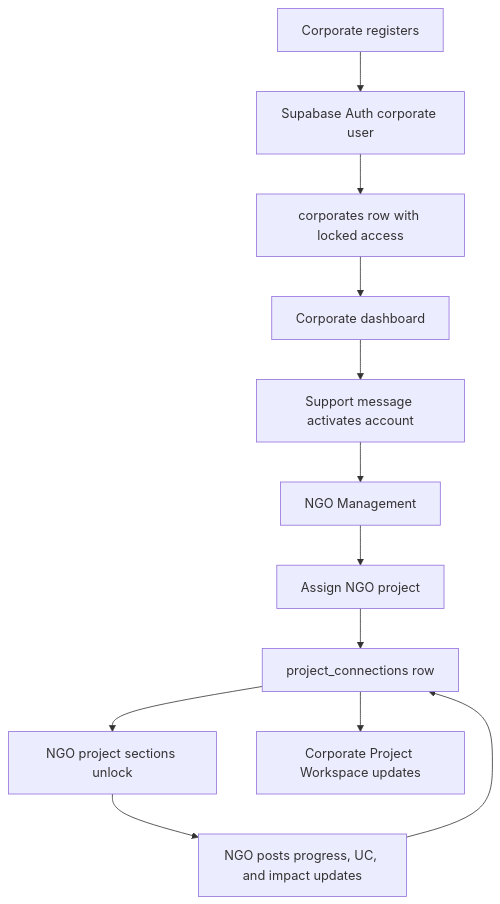
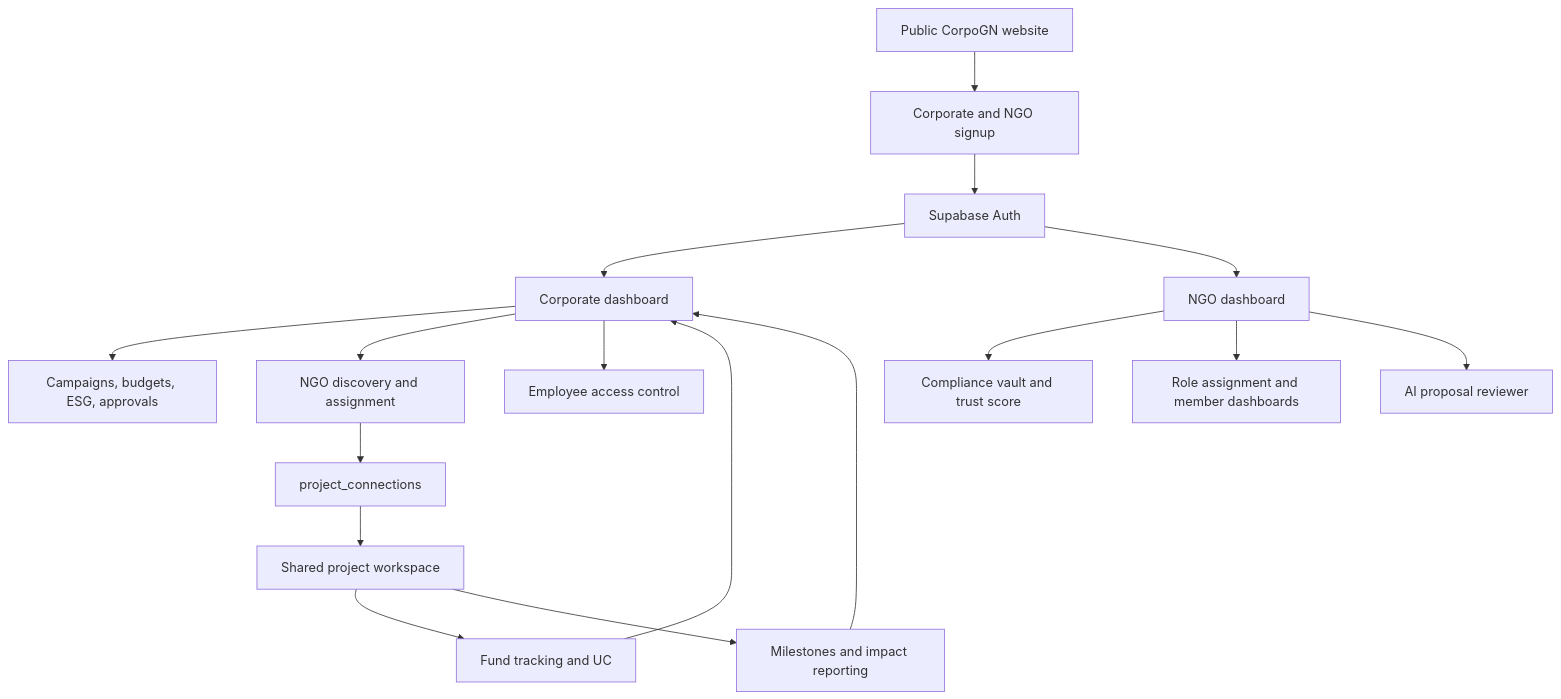
Before and after one commit to HAWKAARJAV/CORPOGN-FINAL: the first of 5 diagrams in README.md, drawn with Mermaid. The commit also changed other lines of this file, not shown here.

````diff
--- a/README.md
+++ b/README.md
@@ -32,14 +56,22 @@
 ```mermaid
 flowchart TD
-    A[Corporate registers] --> B[Supabase Auth corporate user]
-    B --> C[corporates row with locked access]
-    C --> D[Corporate dashboard]
-    D --> E[Support message activates account]
-    E --> F[NGO Management]
-    F --> G[Assign NGO project]
-    G --> H[project_connections row]
-    H --> I[NGO project sections unlock]
-    I --> J[NGO posts progress, UC, and impact updates]
-    J --> H
-    H --> K[Corporate Project Workspace updates]
+    Landing[Public CorpoGN website] --> Signup[Corporate and NGO signup]
+    Signup --> Auth[Supabase Auth]
+    Auth --> Corp[Corporate dashboard]
+    Auth --> Ngo[NGO dashboard]
+
+    Corp --> CorpOps[Campaigns, budgets, ESG, approvals]
+    Corp --> Discovery[NGO discovery and assignment]
+    Corp --> Employees[Employee access control]
+
+    Ngo --> Compliance[Compliance vault and trust score]
+    Ngo --> Roles[Role assignment and member dashboards]
+    Ngo --> Proposal[AI proposal reviewer]
+
+    Discovery --> Shared[project_connections]
+    Shared --> ProjectWork[Shared project workspace]
+    ProjectWork --> Funds[Fund tracking and UC]
+    ProjectWork --> Impact[Milestones and impact reporting]
+    Funds --> Corp
+    Impact --> Corp
 ```
````
